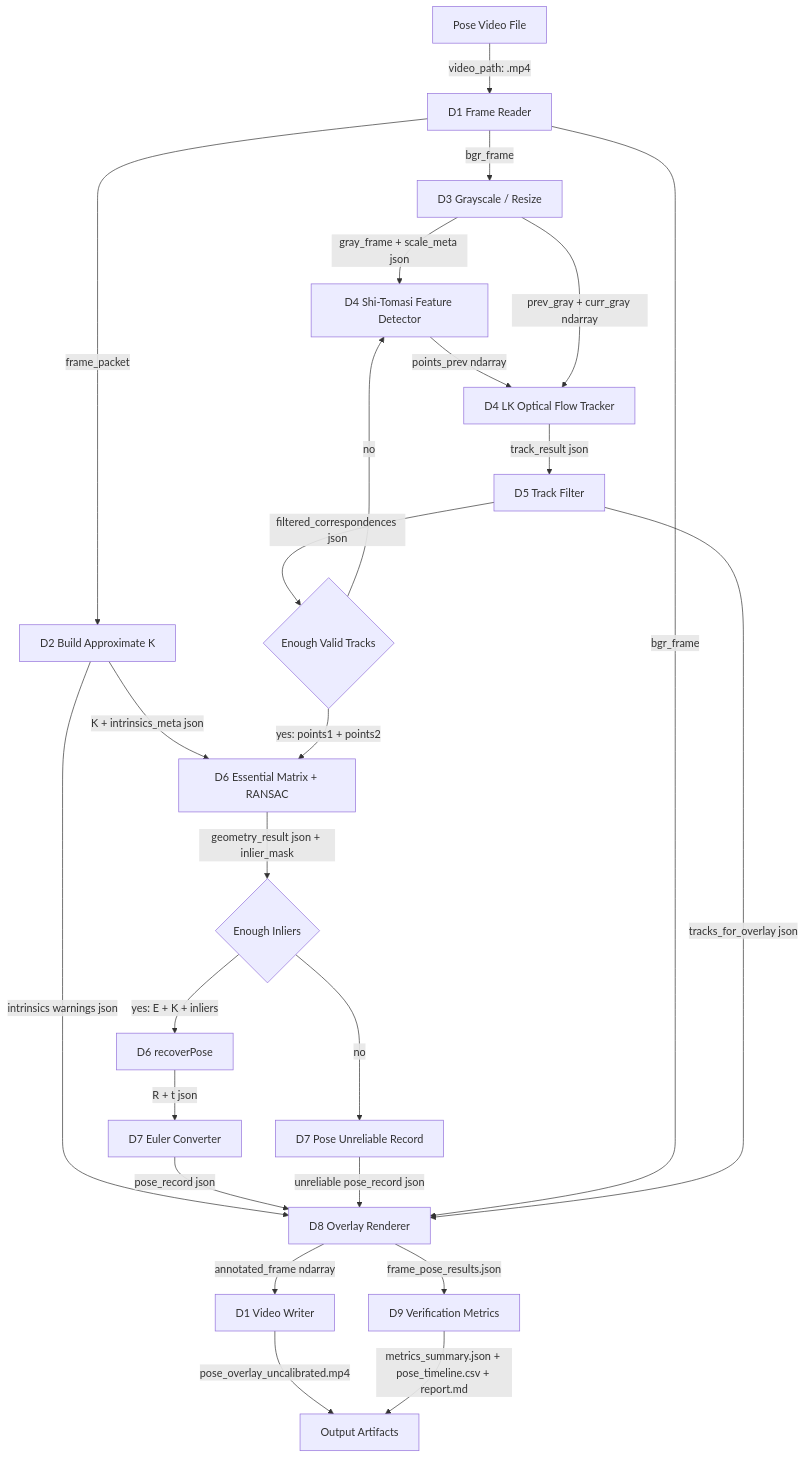
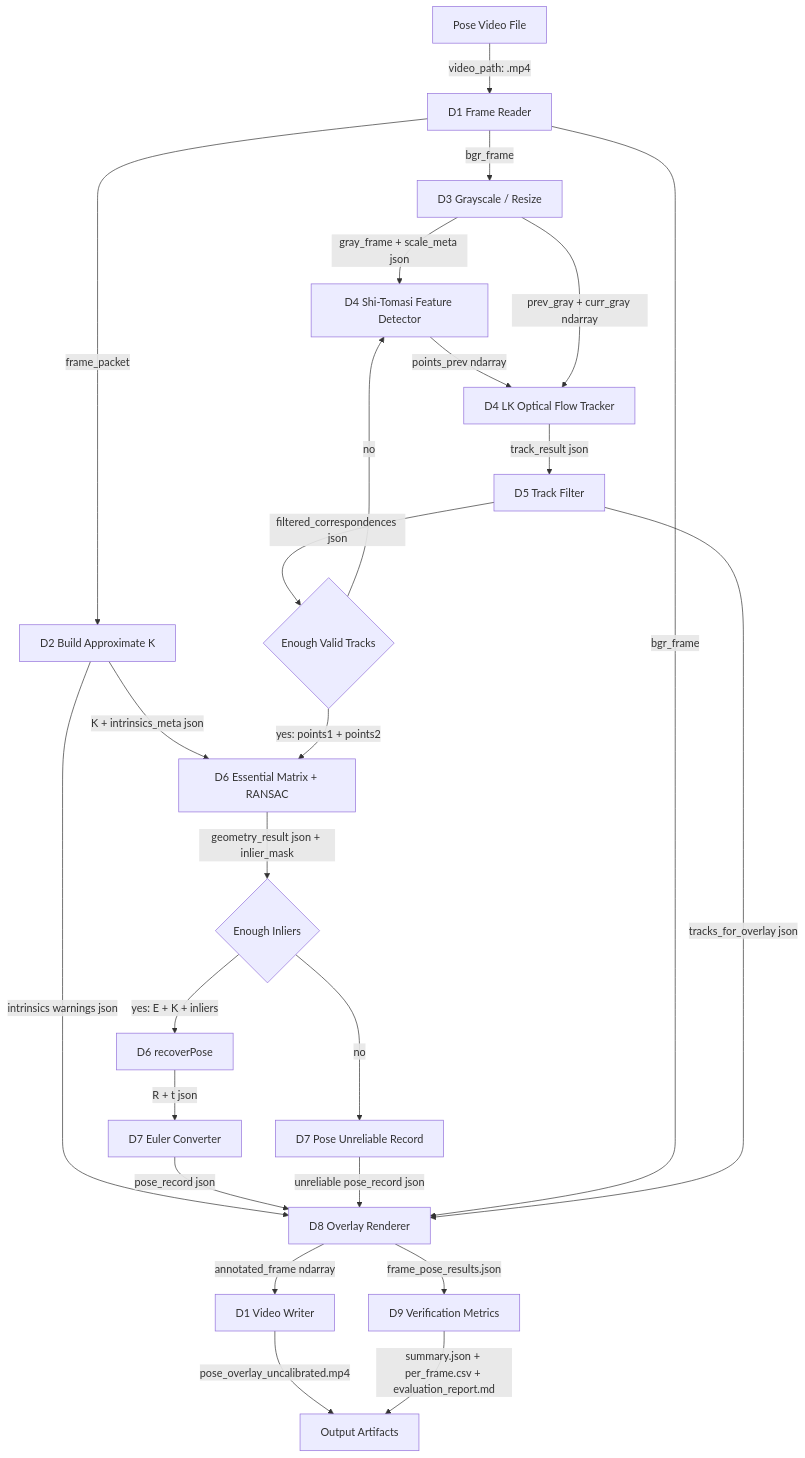
One commit to Rt209/camera-angle changed the second of 2 diagrams in breakdown/02_Optical_Flow_Pose/03_Design/README.md. Above: the diagram before and after it, drawn with Mermaid. The commit also changed other lines of this file and 396 other files, not shown here.

````diff
--- a/breakdown/02_Optical_Flow_Pose/03_Design/README.md
+++ b/breakdown/02_Optical_Flow_Pose/03_Design/README.md
@@ -108,27 +128,27 @@
 ```mermaid
 flowchart TD
     A[Pose Video File] -->|video_path: .mp4| B[D1 Frame Reader]
     B -->|frame_packet| C[D2 Build Approximate K]
     B -->|bgr_frame| D[D3 Grayscale / Resize]
     C -->|K + intrinsics_meta json| I[D6 Essential Matrix + RANSAC]
     C -->|intrinsics warnings json| N[D8 Overlay Renderer]
     D -->|gray_frame + scale_meta json| E[D4 Shi-Tomasi Feature Detector]
     E -->|points_prev ndarray| F[D4 LK Optical Flow Tracker]
     D -->|prev_gray + curr_gray ndarray| F
     F -->|track_result json| G[D5 Track Filter]
     G -->|filtered_correspondences json| H{Enough Valid Tracks}
     H -->|no| E
     H -->|yes: points1 + points2| I
     I -->|geometry_result json + inlier_mask| J{Enough Inliers}
     J -->|no| K[D7 Pose Unreliable Record]
     J -->|yes: E + K + inliers| L[D6 recoverPose]
     L -->|R + t json| M[D7 Euler Converter]
     M -->|pose_record json| N
     K -->|unreliable pose_record json| N
     B -->|bgr_frame| N
     G -->|tracks_for_overlay json| N
     N -->|annotated_frame ndarray| O[D1 Video Writer]
     N -->|frame_pose_results.json| P[D9 Verification Metrics]
     O -->|pose_overlay_uncalibrated.mp4| Q[Output Artifacts]
-    P -->|metrics_summary.json + pose_timeline.csv + report.md| Q
+    P -->|summary.json + per_frame.csv + evaluation_report.md| Q
 ```
````
